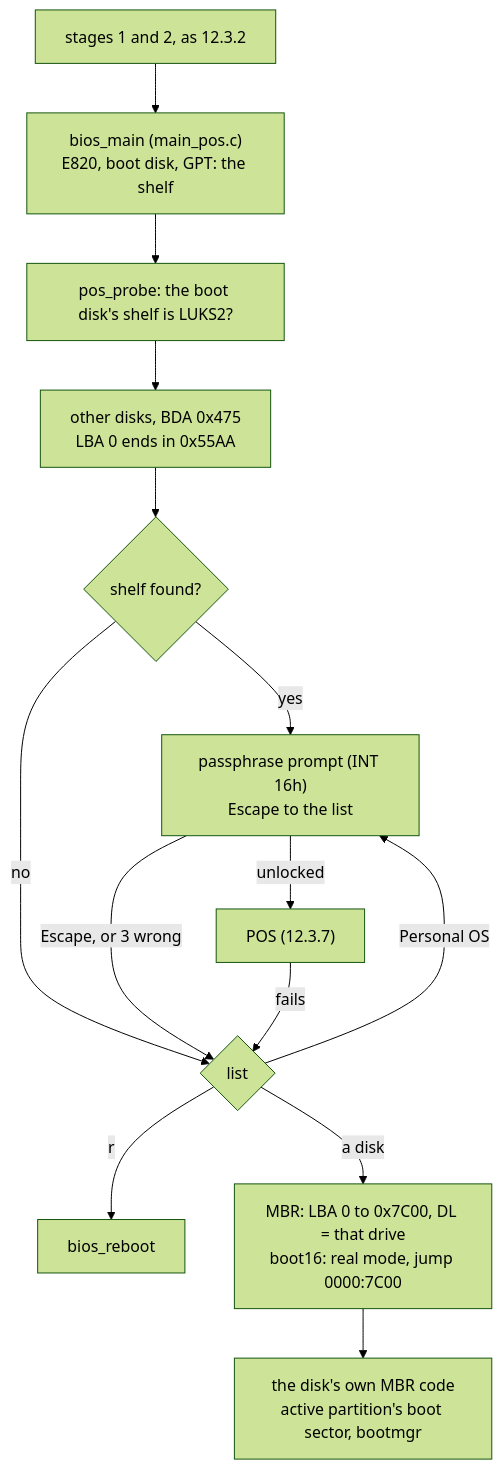
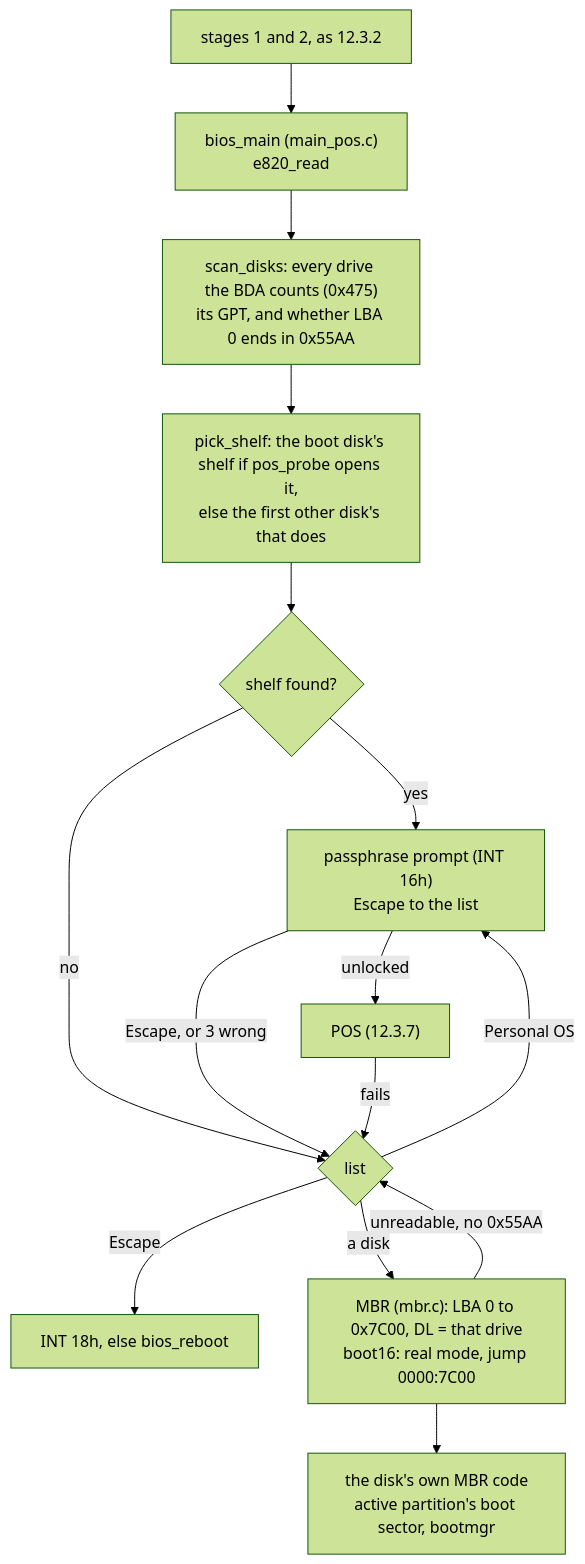
One commit to vifair22/falcon-boot changed diagram 22 of 22 in docs/DESIGN.md. Above: the diagram before and after it, drawn with Mermaid (forest theme). The commit also changed other lines of this file and 10 other files, not shown here.

````diff
--- a/docs/DESIGN.md
+++ b/docs/DESIGN.md
@@ -3323,16 +3323,17 @@
 ```mermaid
 flowchart TD
-    S12["stages 1 and 2, as 12.3.2"] --> BM["bios_main (main_pos.c)<br/>E820, boot disk, GPT: the shelf"]
-    BM --> P3["pos_probe: the boot disk's shelf is LUKS2?"]
-    P3 --> OTH["other disks, BDA 0x475<br/>LBA 0 ends in 0x55AA"]
-    OTH --> SH{"shelf found?"}
+    S12["stages 1 and 2, as 12.3.2"] --> BM["bios_main (main_pos.c)<br/>e820_read"]
+    BM --> DSK["scan_disks: every drive the BDA counts (0x475)<br/>its GPT, and whether LBA 0 ends in 0x55AA"]
+    DSK --> P3["pick_shelf: the boot disk's shelf if pos_probe opens it,<br/>else the first other disk's that does"]
+    P3 --> SH{"shelf found?"}
     SH -- yes --> PR["passphrase prompt (INT 16h)<br/>Escape to the list"]
     SH -- no --> LIST
     PR -- "unlocked" --> POS["POS (12.3.7)"]
     PR -- "Escape, or 3 wrong" --> LIST{"list"}
     POS -- "fails" --> LIST
     LIST -- "Personal OS" --> PR
-    LIST -- "r" --> RB["bios_reboot"]
-    LIST -- "a disk" --> MBR["MBR: LBA 0 to 0x7C00, DL = that drive<br/>boot16: real mode, jump 0000:7C00"]
+    LIST -- "Escape" --> RF["INT 18h, else bios_reboot"]
+    LIST -- "a disk" --> MBR["MBR (mbr.c): LBA 0 to 0x7C00, DL = that drive<br/>boot16: real mode, jump 0000:7C00"]
+    MBR -- "unreadable, no 0x55AA" --> LIST
     MBR --> WIN["the disk's own MBR code<br/>active partition's boot sector, bootmgr"]
 ```
````
